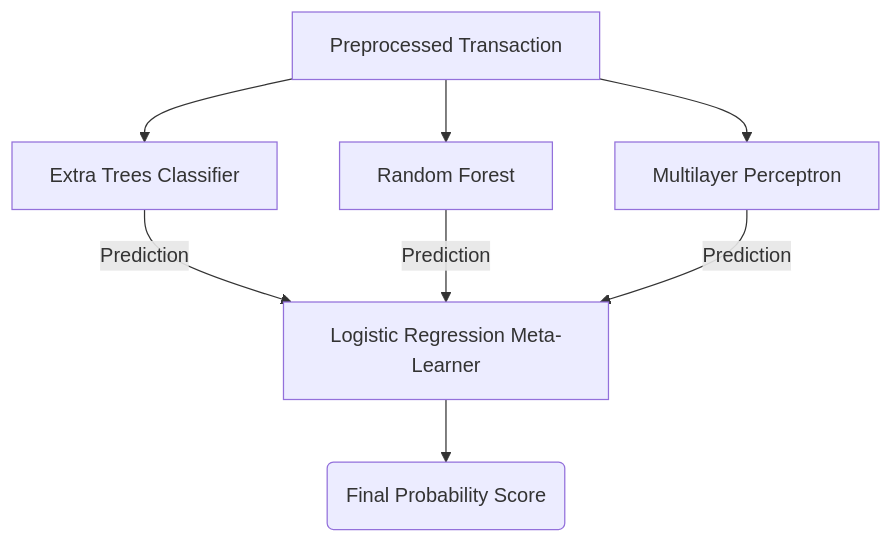
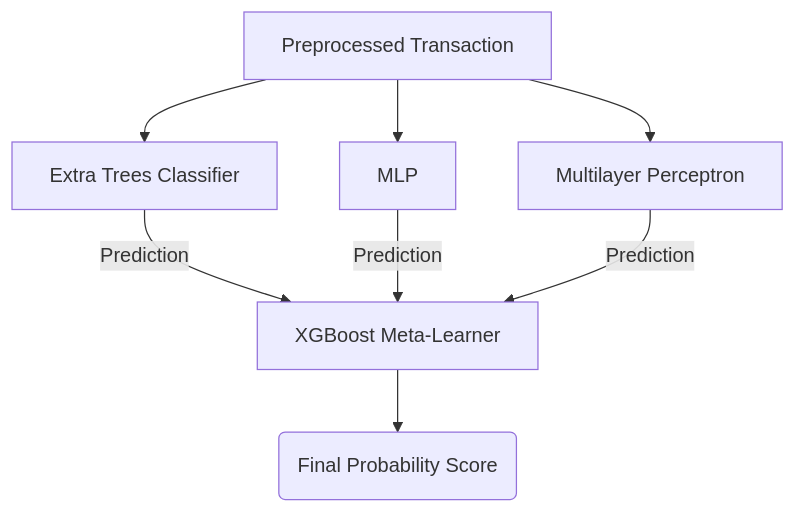
The diagram in docs/ML_PIPELINE.md (JagabattulaKarthikeya-1227/FraudShield-AI), drawn with Mermaid before and after one commit. The commit also changed other lines of this file and 21 other files, not shown here.

````diff
--- a/docs/ML_PIPELINE.md
+++ b/docs/ML_PIPELINE.md
@@ -18,12 +18,12 @@
 ```mermaid
 graph TD
     Data[Preprocessed Transaction] --> ET[Extra Trees Classifier]
-    Data --> RF[Random Forest]
+    Data --> RF[MLP]
     Data --> MLP[Multilayer Perceptron]
     
-    ET --> |Prediction| Meta[Logistic Regression Meta-Learner]
+    ET --> |Prediction| Meta[XGBoost Meta-Learner]
     RF --> |Prediction| Meta
     MLP --> |Prediction| Meta
     
     Meta --> Result(Final Probability Score)
 ```
````
